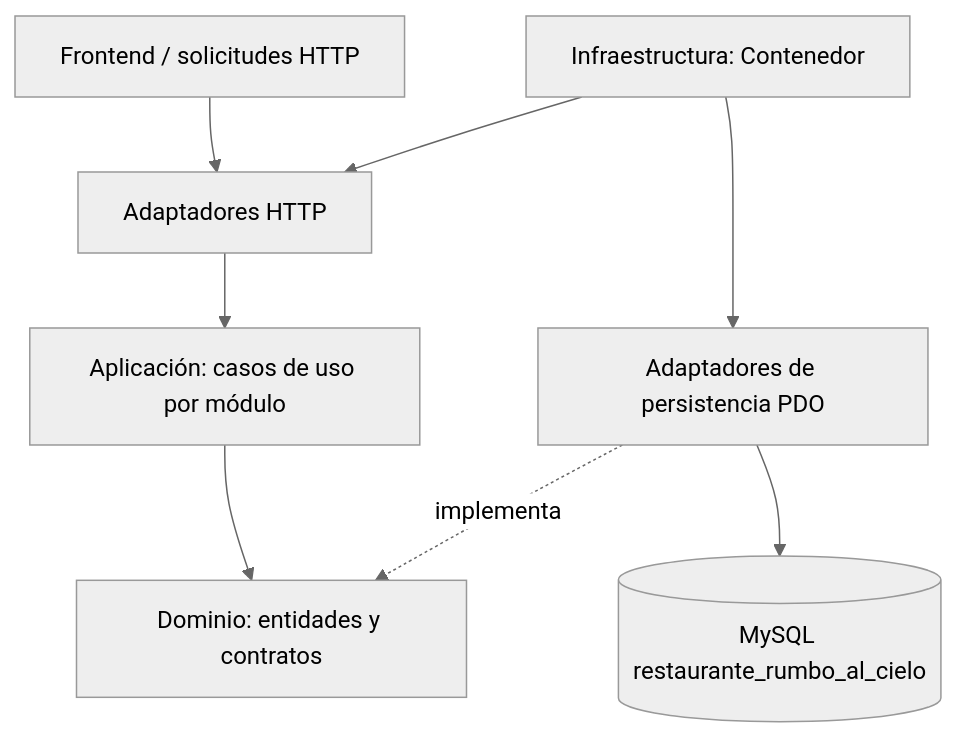
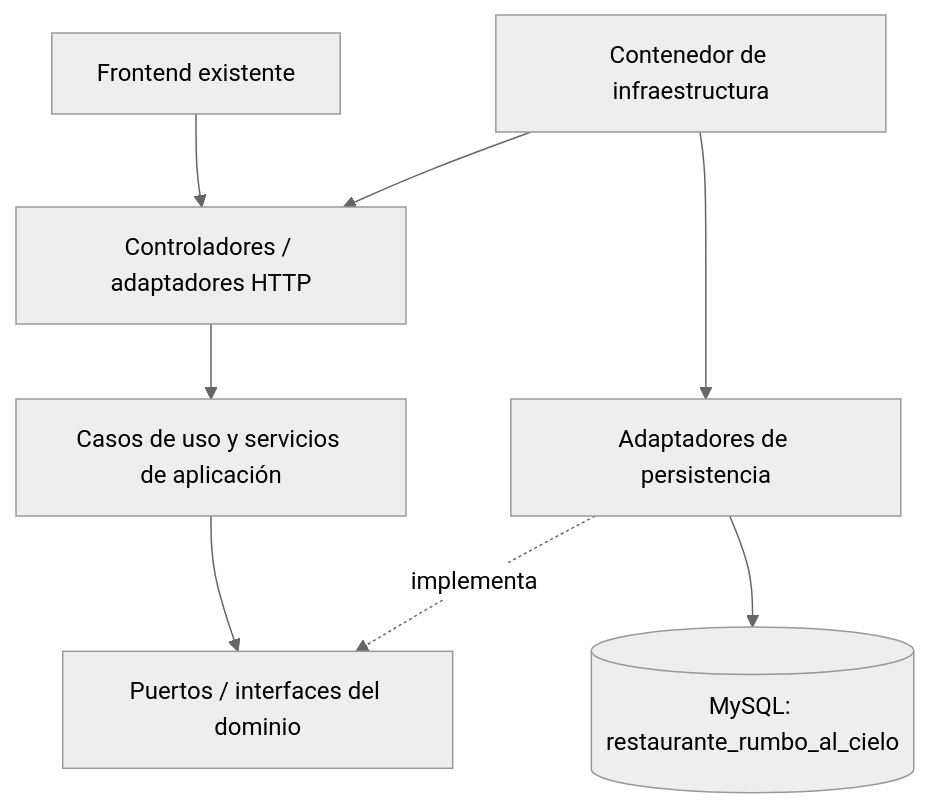
The diagram in docs/ARQUITECTURA_LIMPIA.md (vladimir8452/proyecto_final_vladimirGarcia_2da), drawn with Mermaid (neutral theme) before and after one commit. The commit also changed other lines of this file and 75 other files, not shown here.

````diff
--- a/docs/ARQUITECTURA_LIMPIA.md
+++ b/docs/ARQUITECTURA_LIMPIA.md
@@ -9,10 +9,10 @@
 ```mermaid
 flowchart TB
-  UI[Frontend / solicitudes HTTP] --> HTTP[Adaptadores HTTP]
-  HTTP --> APP[Aplicación: casos de uso por módulo]
-  APP --> DOMAIN[Dominio: entidades y contratos]
-  INF[Infraestructura: Contenedor] --> HTTP
-  INF --> PDO[Adaptadores de persistencia PDO]
-  PDO -. implementa .-> DOMAIN
-  PDO --> DB[(MySQL restaurante_rumbo_al_cielo)]
+  UI[Frontend existente] --> HTTP[Controladores / adaptadores HTTP]
+  HTTP --> APP[Casos de uso y servicios de aplicación]
+  APP --> PORTS[Puertos / interfaces del dominio]
+  INF[Contenedor de infraestructura] --> HTTP
+  INF --> ADAPT[Adaptadores de persistencia]
+  ADAPT -. implementa .-> PORTS
+  ADAPT --> DB[(MySQL: restaurante_rumbo_al_cielo)]
 ```
````
